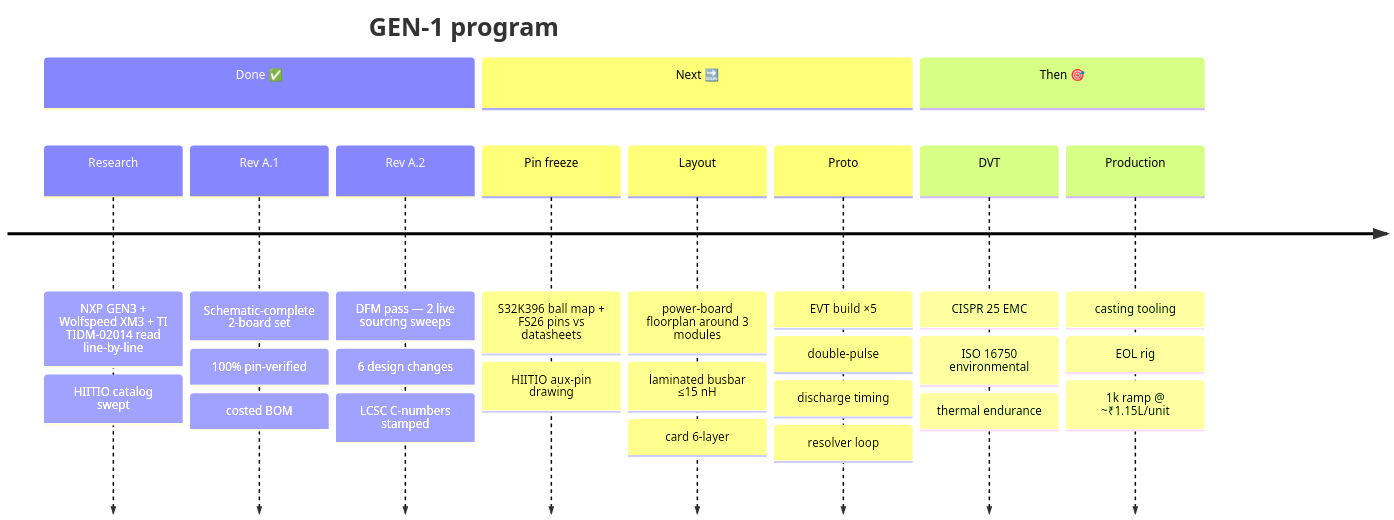
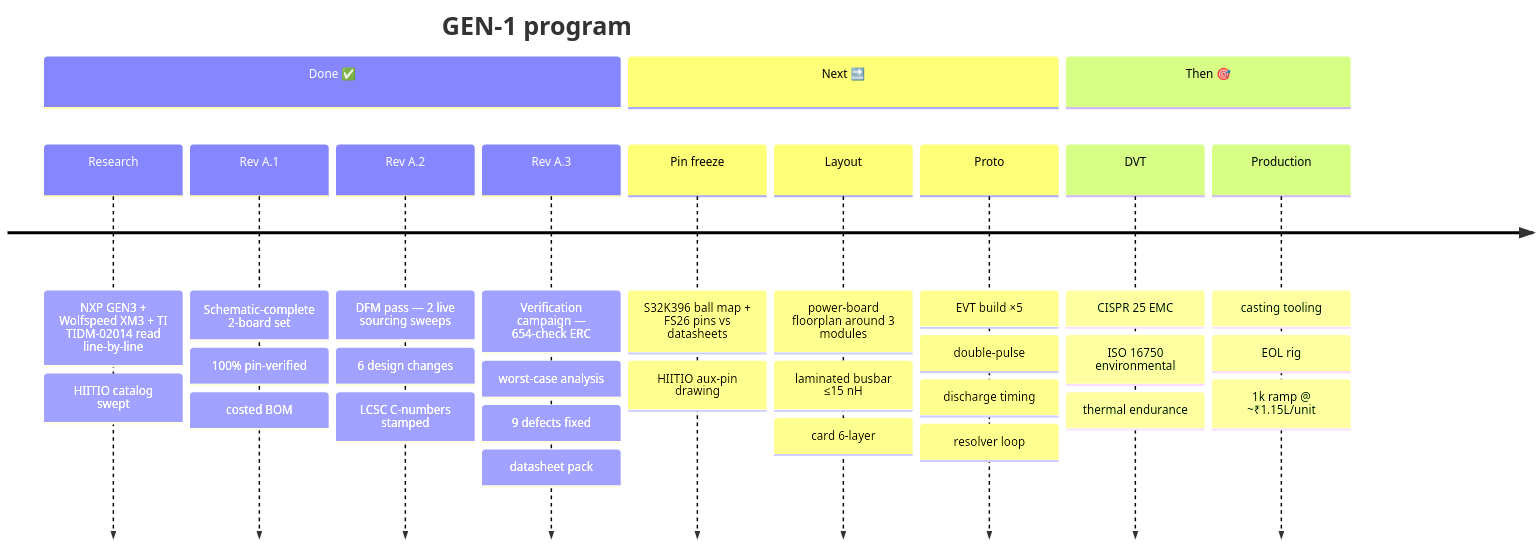
Before and after one commit to vectivolt/Traction-Inverter-GEN-1: the ninth of 9 diagrams in README.md, drawn with Mermaid. The commit also changed other lines of this file and 61 other files, not shown here.

````diff
--- a/README.md
+++ b/README.md
@@ -474,15 +489,16 @@
 ```mermaid
 timeline
     title GEN-1 program
     section Done ✅
         Research : NXP GEN3 + Wolfspeed XM3 + TI TIDM-02014 read line-by-line : HIITIO catalog swept
         Rev A.1  : Schematic-complete 2-board set : 100% pin-verified : costed BOM
         Rev A.2  : DFM pass — 2 live sourcing sweeps : 6 design changes : LCSC C-numbers stamped
+        Rev A.3  : Verification campaign — 654-check ERC : worst-case analysis : 9 defects fixed : datasheet pack
     section Next 🔜
         Pin freeze : S32K396 ball map + FS26 pins vs datasheets : HIITIO aux-pin drawing
         Layout : power-board floorplan around 3 modules : laminated busbar ≤15 nH : card 6-layer
         Proto : EVT build ×5 : double-pulse : discharge timing : resolver loop
     section Then 🎯
         DVT : CISPR 25 EMC : ISO 16750 environmental : thermal endurance
         Production : casting tooling : EOL rig : 1k ramp @ ~₹1.15L/unit
 ```
````
